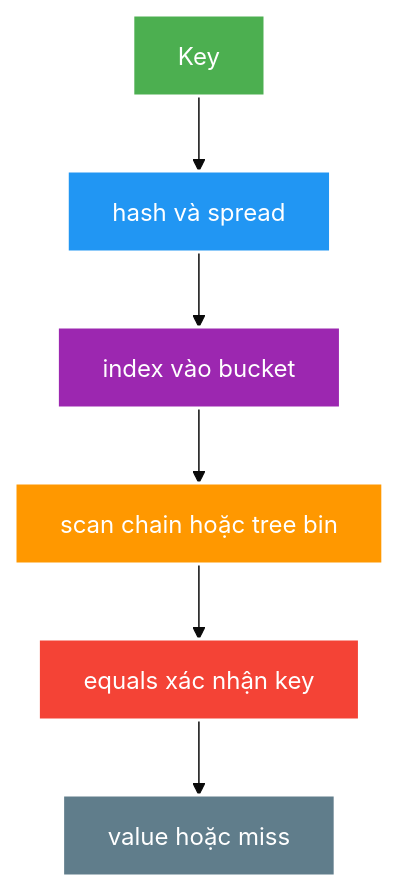
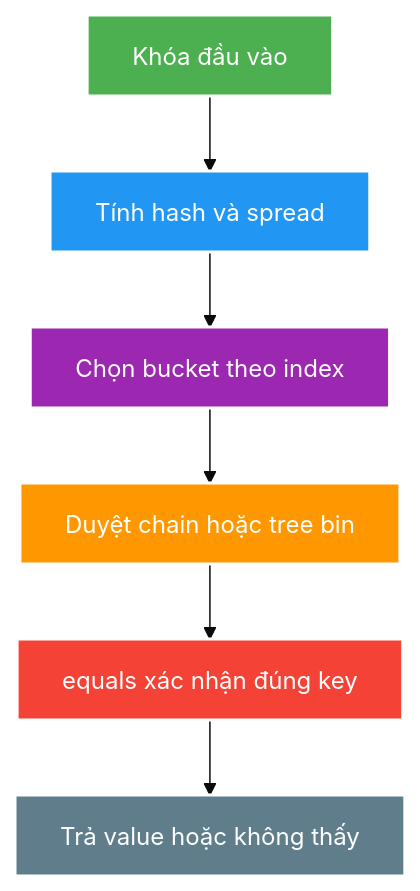
Before and after one commit to HungPhan200591/live-stream-backend: the first of 2 diagrams in docs/learning/topics/java/theory/deep-dives/hash-tables-concurrent-collections-and-bounded-queues.md, drawn with Mermaid (base theme). The commit also changed other lines of this file and 177 other files, not shown here.

````diff
--- a/docs/learning/topics/java/theory/deep-dives/hash-tables-concurrent-collections-and-bounded-queues.md
+++ b/docs/learning/topics/java/theory/deep-dives/hash-tables-concurrent-collections-and-bounded-queues.md
@@ -28,14 +28,14 @@
 ```mermaid
 flowchart TB
-    K["Key"] --> H["hash và spread"]
-    H --> I["index vào bucket"]
-    I --> B["scan chain hoặc tree bin"]
-    B --> E["equals xác nhận key"]
-    E --> V["value hoặc miss"]
+    K["Khóa đầu vào"] --> H["Tính hash và spread"]
+    H --> I["Chọn bucket theo index"]
+    I --> B["Duyệt chain hoặc tree bin"]
+    B --> E["equals xác nhận đúng key"]
+    E --> V["Trả value hoặc không thấy"]
     style K fill:#4CAF50,stroke:#fff,stroke-width:2px,color:#fff
     style H fill:#2196F3,stroke:#fff,stroke-width:2px,color:#fff
     style I fill:#9C27B0,stroke:#fff,stroke-width:2px,color:#fff
     style B fill:#FF9800,stroke:#fff,stroke-width:2px,color:#fff
     style E fill:#F44336,stroke:#fff,stroke-width:2px,color:#fff
     style V fill:#607D8B,stroke:#fff,stroke-width:2px,color:#fff
 ```
````
